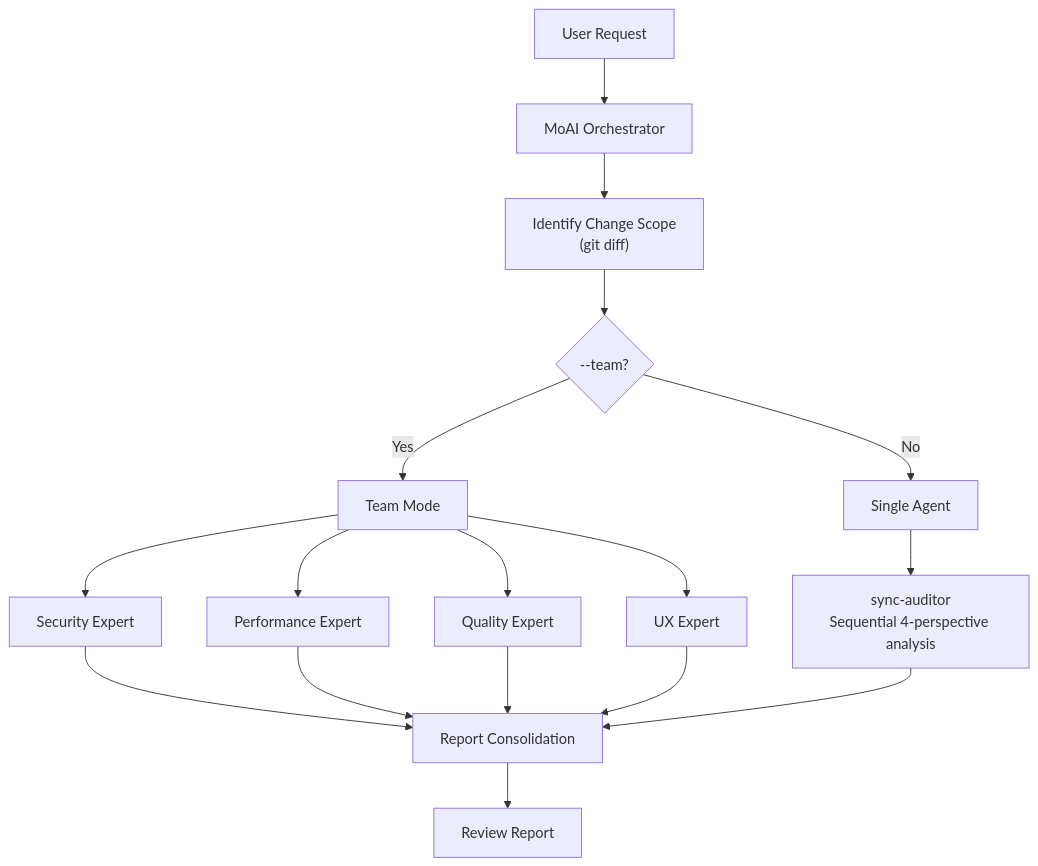
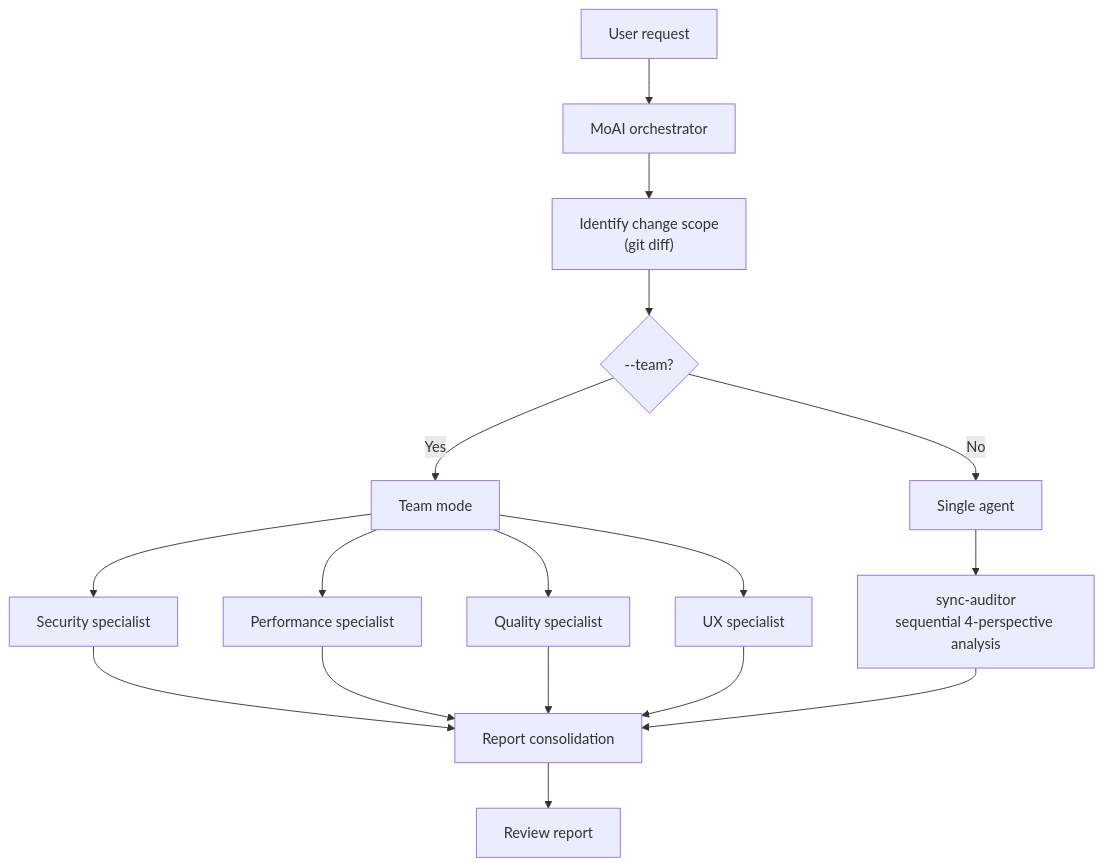
Before and after one commit to modu-ai/moai-adk: the second of 2 diagrams in docs-site/content/en/quality-commands/moai-review.md, drawn with Mermaid. The commit also changed other lines of this file and 395 other files, not shown here.

````diff
--- a/docs-site/content/en/quality-commands/moai-review.md
+++ b/docs-site/content/en/quality-commands/moai-review.md
@@ -223,24 +225,24 @@
 ```mermaid
 flowchart TD
-    User["User Request"] --> MoAI["MoAI Orchestrator"]
-    MoAI --> Identify["Identify Change Scope<br/>(git diff)"]
+    User["User request"] --> MoAI["MoAI orchestrator"]
+    MoAI --> Identify["Identify change scope<br/>(git diff)"]
     Identify --> Agent{"--team?"}
 
-    Agent -->|Yes| Team["Team Mode"]
-    Agent -->|No| Single["Single Agent"]
+    Agent -->|Yes| Team["Team mode"]
+    Agent -->|No| Single["Single agent"]
 
-    Team --> R1["Security Expert"]
-    Team --> R2["Performance Expert"]
-    Team --> R3["Quality Expert"]
-    Team --> R4["UX Expert"]
+    Team --> R1["Security specialist"]
+    Team --> R2["Performance specialist"]
+    Team --> R3["Quality specialist"]
+    Team --> R4["UX specialist"]
 
-    Single --> Quality["sync-auditor<br/>Sequential 4-perspective analysis"]
+    Single --> Quality["sync-auditor<br/>sequential 4-perspective analysis"]
 
-    R1 --> Consolidate["Report Consolidation"]
+    R1 --> Consolidate["Report consolidation"]
     R2 --> Consolidate
     R3 --> Consolidate
     R4 --> Consolidate
     Quality --> Consolidate
 
-    Consolidate --> Report["Review Report"]
+    Consolidate --> Report["Review report"]
 ```
````
